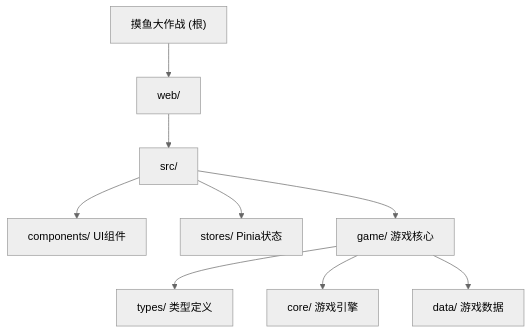
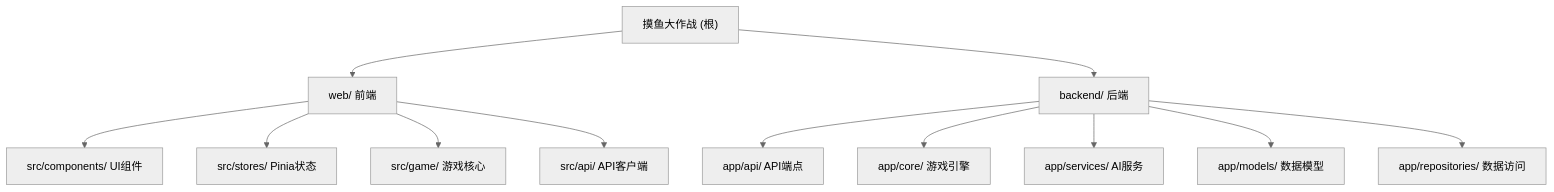
The diagram in CLAUDE.md (782042369/game), drawn with Mermaid (neutral theme) before and after one commit. The commit also changed other lines of this file and 6 other files, not shown here.

````diff
--- a/CLAUDE.md
+++ b/CLAUDE.md
@@ -30,15 +30,24 @@
 ```mermaid
 graph TD
-    A["摸鱼大作战 (根)"] --> B["web/"];
-    B --> C["src/"];
-    C --> D["components/ UI组件"];
-    C --> E["stores/ Pinia状态"];
-    C --> F["game/ 游戏核心"];
-    F --> G["types/ 类型定义"];
-    F --> H["core/ 游戏引擎"];
-    F --> I["data/ 游戏数据"];
+    A["摸鱼大作战 (根)"] --> B["web/ 前端"];
+    A --> C["backend/ 后端"];
 
-    click D "#websrccomponents" "UI组件模块"
-    click E "#websrcstores" "状态管理模块"
-    click F "#websrcgame" "游戏核心模块"
+    B --> D["src/components/ UI组件"];
+    B --> E["src/stores/ Pinia状态"];
+    B --> F["src/game/ 游戏核心"];
+    B --> G["src/api/ API客户端"];
+
+    C --> H["app/api/ API端点"];
+    C --> I["app/core/ 游戏引擎"];
+    C --> J["app/services/ AI服务"];
+    C --> K["app/models/ 数据模型"];
+    C --> L["app/repositories/ 数据访问"];
+
+    click D "#web-srccomponents" "查看 UI组件模块"
+    click E "#web-srcstores" "查看状态管理模块"
+    click F "#web-srcgame" "查看游戏核心模块"
+    click G "#web-srcapi" "查看 API客户端模块"
+    click H "#backend-appapi" "查看后端API模块"
+    click I "#backend-appcore" "查看后端游戏引擎"
+    click J "#backend-appservices" "查看AI服务模块"
 ```
````
